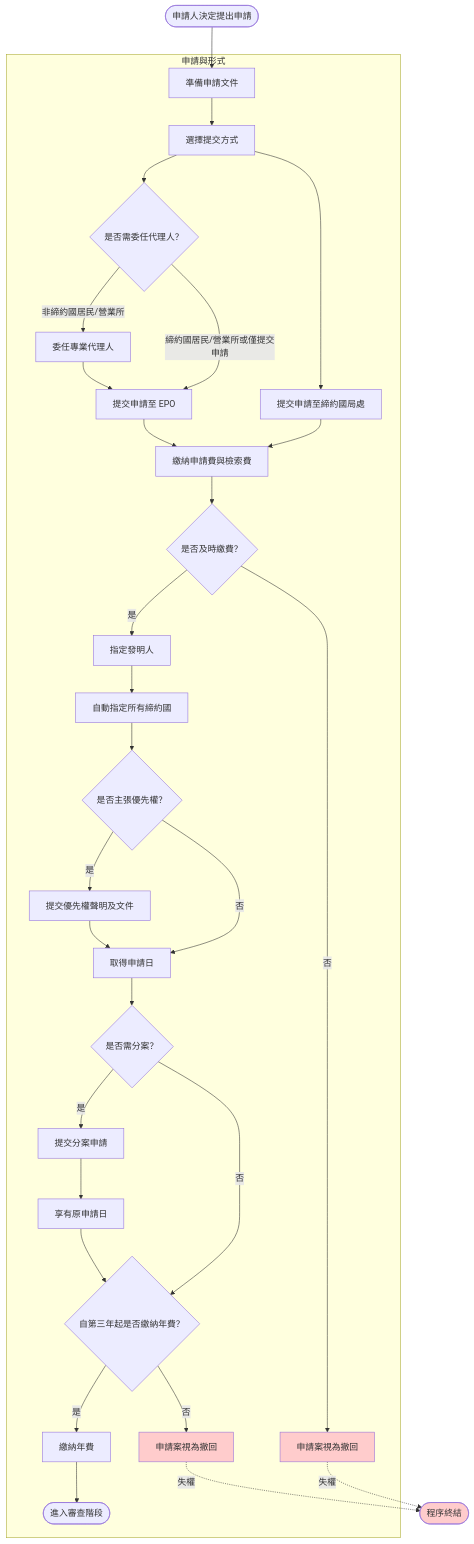
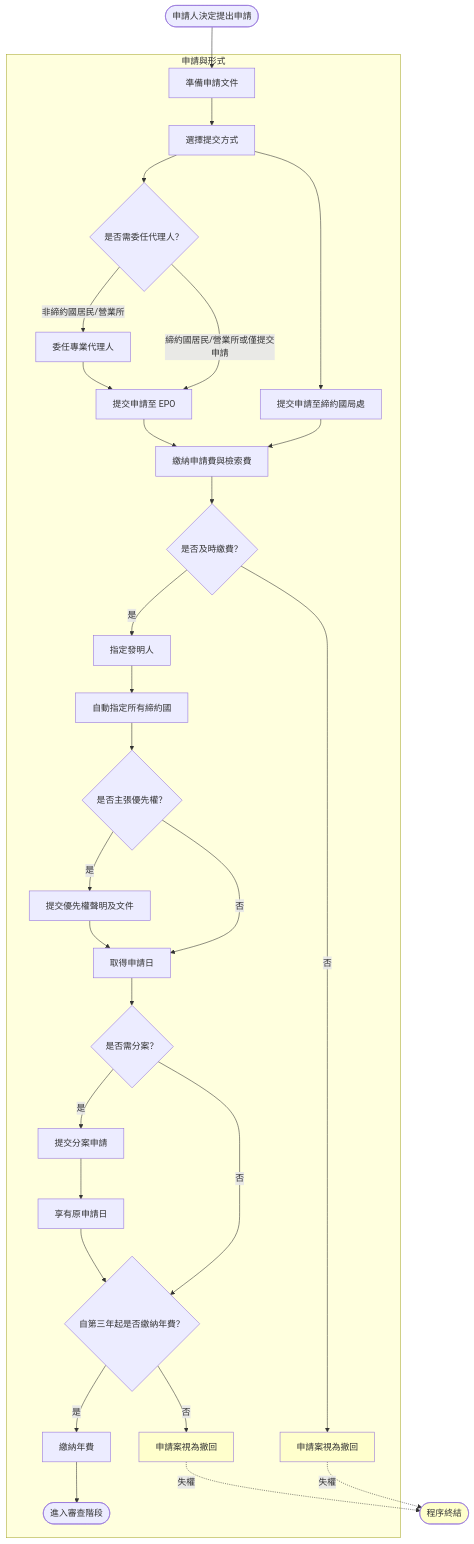
The diagram in patent/EPC_Filing_Phase_Analysis.md (darkpt/webspace), drawn with Mermaid before and after one commit.

````diff
--- a/patent/EPC_Filing_Phase_Analysis.md
+++ b/patent/EPC_Filing_Phase_Analysis.md
@@ -30,68 +30,68 @@
 ```mermaid
 flowchart TD
     Start([申請人決定提出申請])
     
     subgraph 申請與形式
         A[準備申請文件]
         B[選擇提交方式]
         C{是否需委任代理人？}
         D[委任專業代理人]
         E[提交申請至 EPO]
         F[提交申請至締約國局處]
         G[繳納申請費與檢索費]
         H{是否及時繳費？}
         I[指定發明人]
         J[自動指定所有締約國]
         K{是否主張優先權？}
         L[提交優先權聲明及文件]
         M[取得申請日]
         N[申請案視為撤回]
         
         O{是否需分案？}
         P[提交分案申請]
         Q[享有原申請日]
         
         R{自第三年起是否繳納年費？}
         S[繳納年費]
         T[申請案視為撤回]
         
         End1([進入審查階段])
     end
     
     Start --> A
     A --> B
     B --> C
     C -->|非締約國居民/營業所| D
     C -->|締約國居民/營業所或僅提交申請| E
     D --> E
     B --> F
     E --> G
     F --> G
     
     G --> H
     H -->|是| I
     H -->|否| N
     
     I --> J
     J --> K
     K -->|是| L
     K -->|否| M
     L --> M
     
     M --> O
     O -->|是| P
     P --> Q
     Q --> R
     O -->|否| R
     
     R -->|是| S
     R -->|否| T
     S --> End1
     
     N -.失權.-> End2([程序終結])
     T -.失權.-> End2
 
-    style N fill:#ffcccc
-    style T fill:#ffcccc
-    style End2 fill:#ffcccc
+    style N fill:#ffffcc
+    style T fill:#ffffcc
+    style End2 fill:#ffffcc
 ```
````
